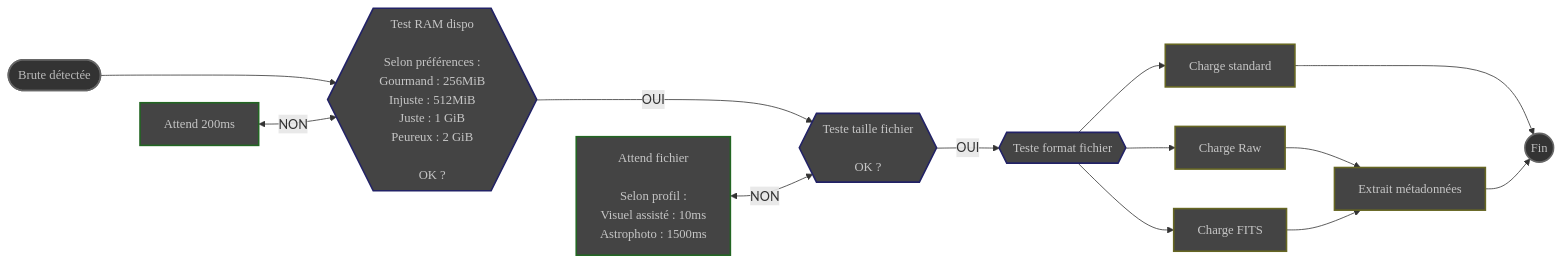
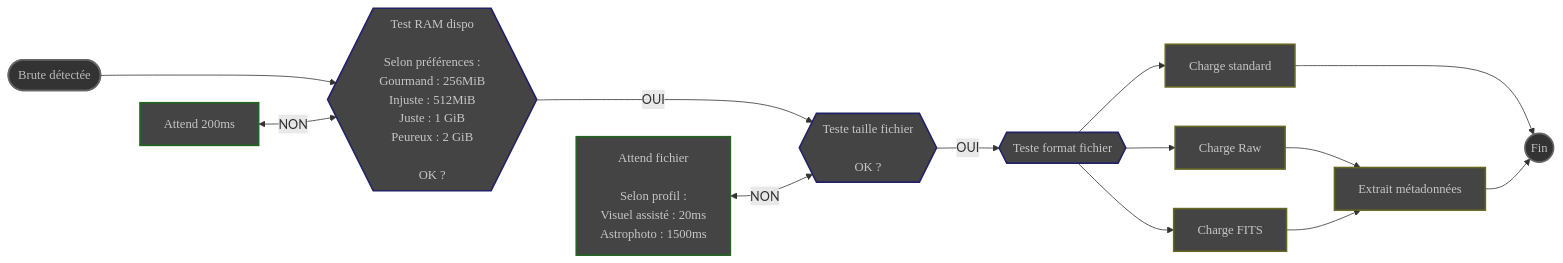
The diagram in website/content/fr/docs/v1.0/reference/modules/scanner.md (deufrai/als), drawn with Mermaid before and after one commit. The commit also changed other lines of this file and 2 other files, not shown here.

````diff
--- a/website/content/fr/docs/v1.0/reference/modules/scanner.md
+++ b/website/content/fr/docs/v1.0/reference/modules/scanner.md
@@ -59,53 +59,53 @@
 ```mermaid
 flowchart LR
     START([Brute détectée])
     
-    WAIT_FILE[Attend fichier<br><br>Selon profil :<br>Visuel assisté : 10ms<br>Astrophoto : 1500ms]
+    WAIT_FILE[Attend fichier<br><br>Selon profil :<br>Visuel assisté : 20ms<br>Astrophoto : 1500ms]
     WAIT_RAM[Attend 200ms]
     
     CHECK_RAM{{Test RAM dispo<br><br>Selon préférences :<br>Gourmand : 256MiB<br>Injuste : 512MiB<br>Juste : 1 GiB<br>Peureux : 2 GiB<br><br>OK ?}}
     CHECK_SIZE{{Teste taille fichier<br><br>OK ?}}
     TEST_FORMAT{{Teste format fichier}}
     
     FITS[Charge FITS]
     STANDARD[Charge standard]
     RAW[Charge Raw]
     
     METADATA[Extrait métadonnées]
     
     END((Fin))
 
     START ---> CHECK_RAM
     WAIT_RAM <-->|NON| CHECK_RAM
 
     CHECK_RAM --->|OUI| CHECK_SIZE
     WAIT_FILE <-->|NON| CHECK_SIZE
     CHECK_SIZE -->|OUI| TEST_FORMAT
 
     TEST_FORMAT -->  FITS
     TEST_FORMAT -->  STANDARD
     TEST_FORMAT -->  RAW
 
     RAW --> METADATA
     FITS --> METADATA
 
     STANDARD ---> END
     METADATA --> END
 
     classDef bounds fill: #333, stroke: #666, stroke-width: 2px, color: #BBB, font-family: 'Poppins', sans-serif
     classDef step fill: #444, stroke: #662, stroke-width:2px, color: #c6c6c6, font-family: 'Poppins',sans-serif
     classDef wait  fill: #444, stroke: #262,stroke-width: 2px, color: #c6c6c6, font-family:'Poppins', sans-serif
     classDef test fill: #444, stroke: #226, stroke-width: 2px, color: #c6c6c6, font-family: 'Poppins', sans-serif
     
     class START bounds
     class WAIT_FILE wait
     class WAIT_RAM wait
     class CHECK_RAM test
     class CHECK_SIZE test
     class TEST_FORMAT test
     class FITS step
     class STANDARD step
     class RAW step
     class METADATA step
     class END bounds
 ```
````
